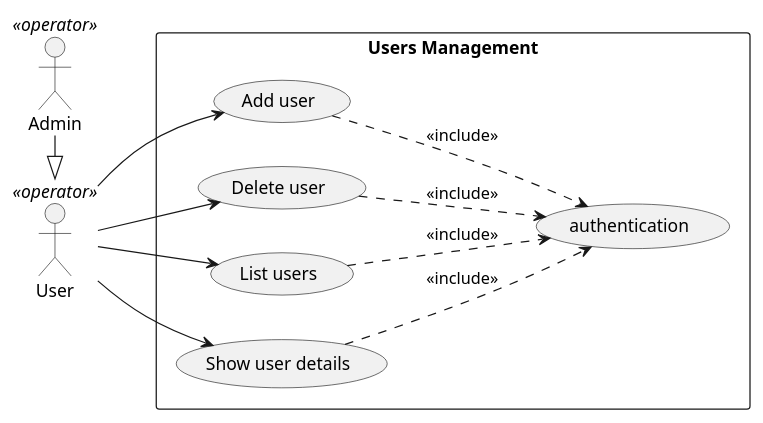
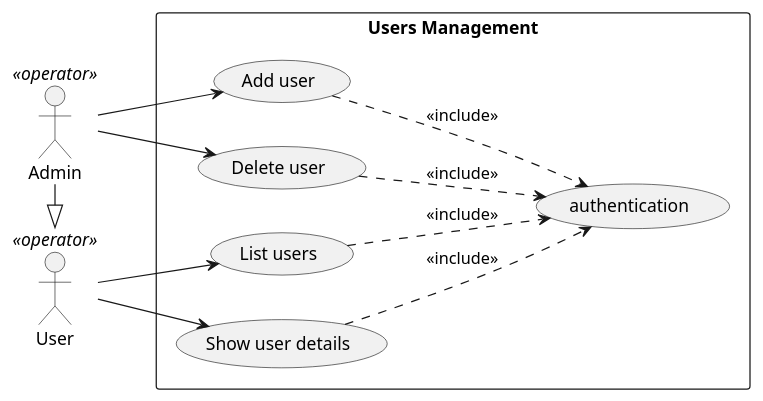
The diagram in diagrams/UseCases/UseCase_UsersManagement.puml (Xwyk/BileMo), drawn with PlantUML before and after one commit. The commit also changed 1 other file, not shown here.

Commit message:
Admin role update

```diff
--- a/diagrams/UseCases/UseCase_UsersManagement.puml
+++ b/diagrams/UseCases/UseCase_UsersManagement.puml
@@ -1,28 +1,28 @@
 @startuml
 
 left to right direction
 
 User    <<operator>> as user
 Admin    <<operator>> as admin
 
 rectangle "Users Management" {
   (Add user) as addUser
   (Delete user) as delUser
   (List users) as listUsers
   (Show user details) as showUser
   (authentication) as auth
 }
 
-user --> addUser
-user --> delUser
+admin --> addUser
+admin --> delUser
 user --> showUser
 user --> listUsers
 
 addUser ..> auth : <<include>>
 delUser ..> auth : <<include>>
 showUser ..> auth : <<include>>
 listUsers ..> auth : <<include>>
 
 admin -|> user
 
 @enduml
```
